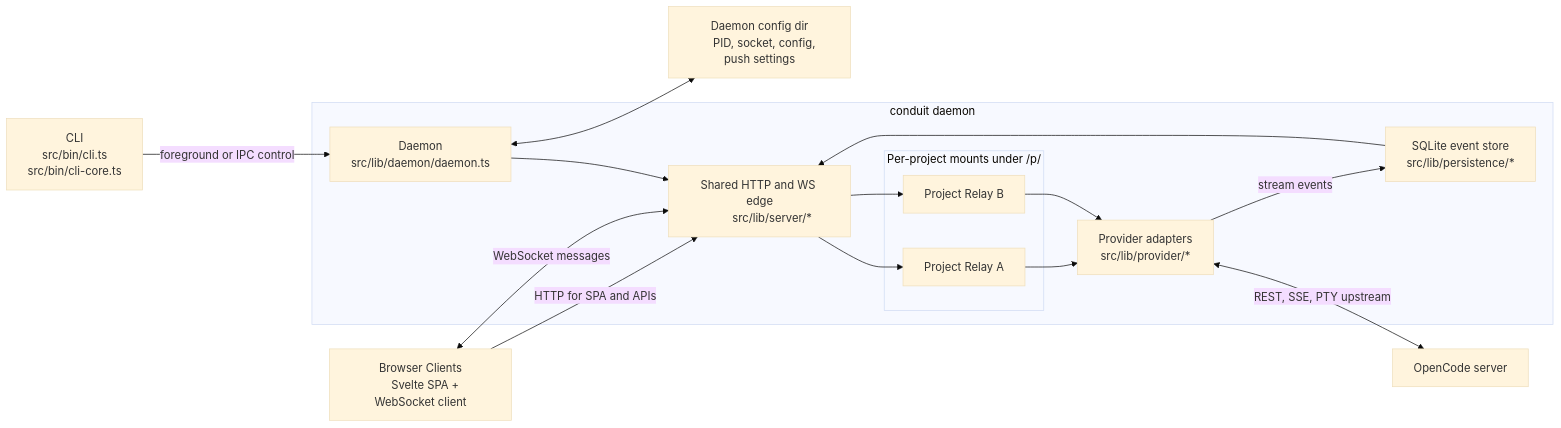
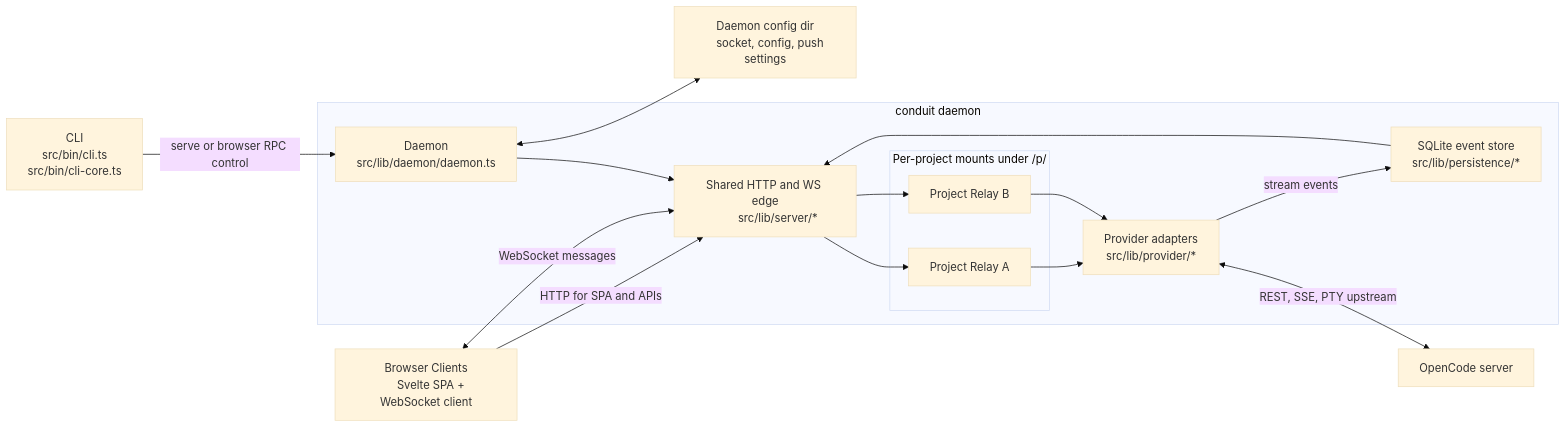
The diagram in docs/agent-guide/system-context-diagram.mermaid (dibstern/conduit), drawn with Mermaid (base theme) before and after one commit. The commit also changed 60 other files, not shown here.

First line of the commit message:
feat(cli): conduit serve runs in the foreground; delete daemon spawn

```diff
--- a/docs/agent-guide/system-context-diagram.mermaid
+++ b/docs/agent-guide/system-context-diagram.mermaid
@@ -1,39 +1,39 @@
 flowchart LR
     cli[CLI
     src/bin/cli.ts
     src/bin/cli-core.ts]
     browser[Browser Clients
     Svelte SPA + WebSocket client]
 
     subgraph relay[conduit daemon]
         daemon[Daemon
         src/lib/daemon/daemon.ts]
         server[Shared HTTP and WS edge
         src/lib/server/*]
         persistence[SQLite event store
         src/lib/persistence/*]
         providers[Provider adapters
         src/lib/provider/*]
 
         subgraph projects[Per-project mounts under /p/<slug>]
             relayA[Project Relay A]
             relayB[Project Relay B]
         end
     end
 
     opencode[OpenCode server]
     state[Daemon config dir
-    PID, socket, config, push settings]
+    socket, config, push settings]
 
-    cli -->|foreground or IPC control| daemon
+    cli -->|serve or browser RPC control| daemon
     browser -->|HTTP for SPA and APIs| server
     browser <-->|WebSocket messages| server
     daemon --> server
     server --> relayA
     server --> relayB
     relayA --> providers
     relayB --> providers
     providers <-->|REST, SSE, PTY upstream| opencode
     providers -->|stream events| persistence
     persistence --> server
     daemon <--> state
```
